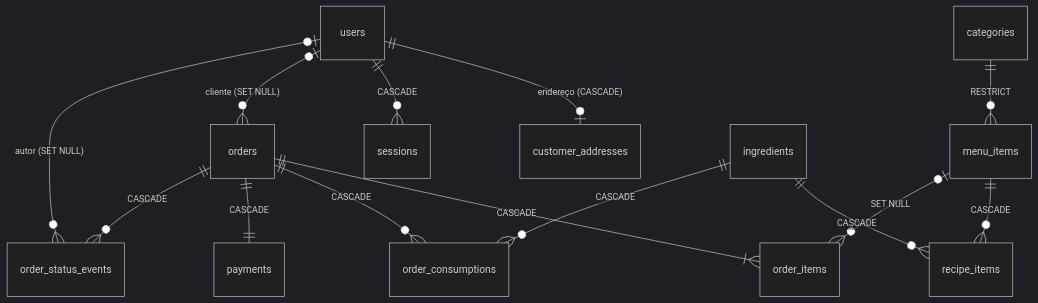
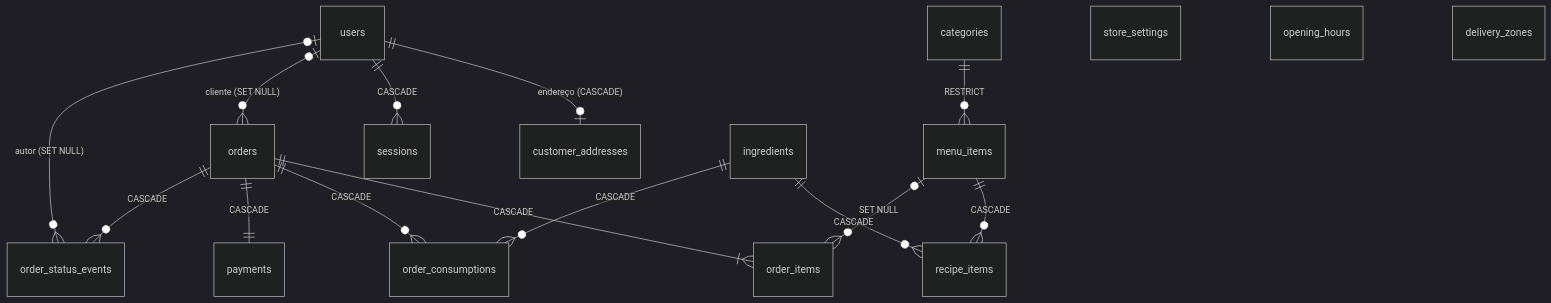
The second of 2 diagrams in docs/02-arquitetura.md (SPTulio/cali-burger-python), drawn with Mermaid (dark theme) before and after one commit. The commit also changed other lines of this file and 4 other files, not shown here.

````diff
--- a/docs/02-arquitetura.md
+++ b/docs/02-arquitetura.md
@@ -59,16 +59,19 @@
 ```mermaid
 erDiagram
     users ||--o| customer_addresses : "endereço (CASCADE)"
     users ||--o{ sessions : "CASCADE"
     users |o--o{ orders : "cliente (SET NULL)"
     categories ||--o{ menu_items : "RESTRICT"
     menu_items ||--o{ recipe_items : "CASCADE"
     ingredients ||--o{ recipe_items : "CASCADE"
     orders ||--|{ order_items : "CASCADE"
     menu_items |o--o{ order_items : "SET NULL"
     orders ||--o{ order_consumptions : "CASCADE"
     ingredients ||--o{ order_consumptions : "CASCADE"
     orders ||--|| payments : "CASCADE"
     orders ||--o{ order_status_events : "CASCADE"
     users |o--o{ order_status_events : "autor (SET NULL)"
+    store_settings
+    opening_hours
+    delivery_zones
 ```
````
